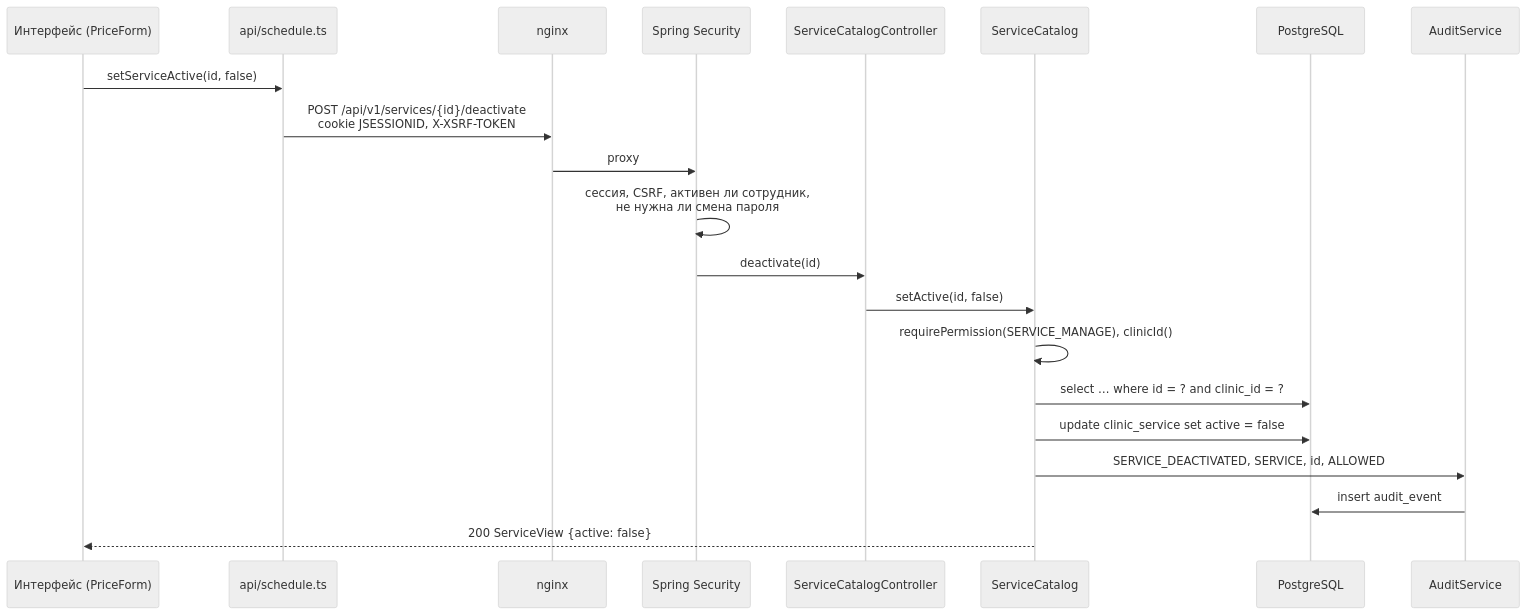
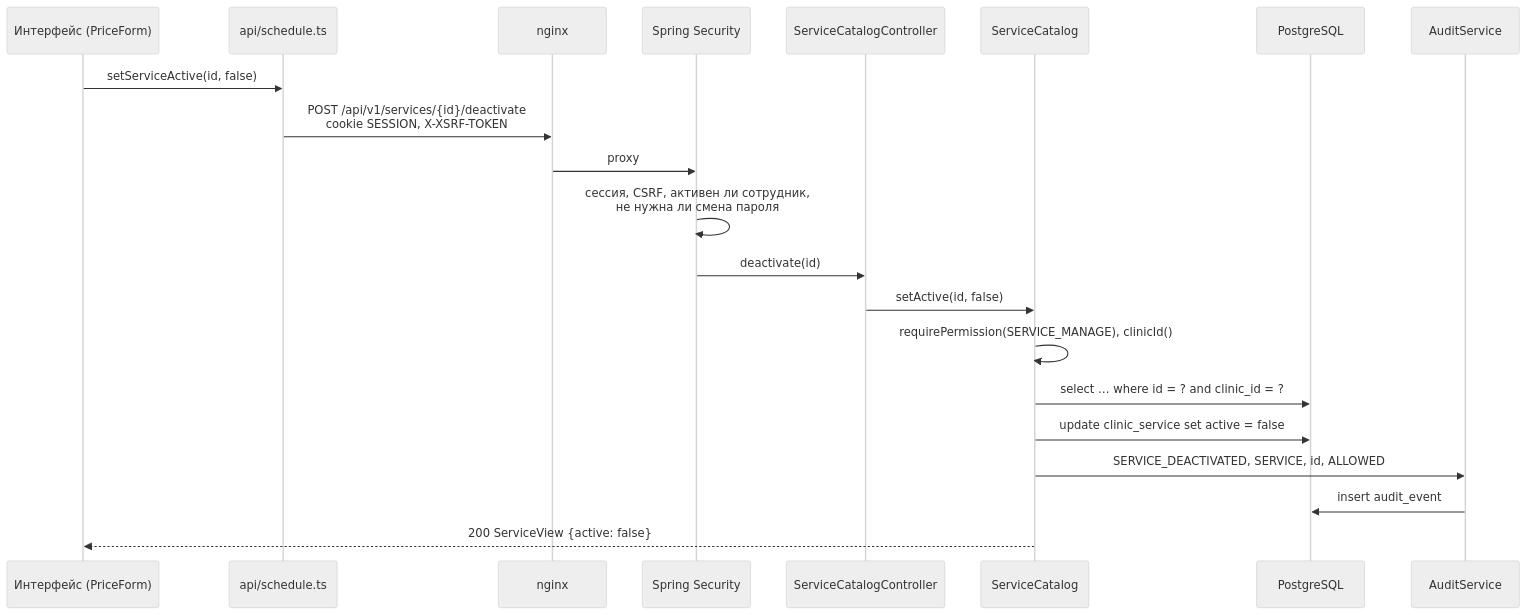
One commit to IlyaSimis/AlphaCRM changed the third of 5 diagrams in docs/architecture.md. Above: the diagram before and after it, drawn with Mermaid (neutral theme). The commit also changed other lines of this file and 22 other files, not shown here.

````diff
--- a/docs/architecture.md
+++ b/docs/architecture.md
@@ -144,24 +144,24 @@
 ```mermaid
 sequenceDiagram
     participant UI as Интерфейс (PriceForm)
     participant C as api/schedule.ts
     participant N as nginx
     participant S as Spring Security
     participant Ctl as ServiceCatalogController
     participant Svc as ServiceCatalog
     participant DB as PostgreSQL
     participant A as AuditService
 
     UI->>C: setServiceActive(id, false)
-    C->>N: POST /api/v1/services/{id}/deactivate<br/>cookie JSESSIONID, X-XSRF-TOKEN
+    C->>N: POST /api/v1/services/{id}/deactivate<br/>cookie SESSION, X-XSRF-TOKEN
     N->>S: proxy
     S->>S: сессия, CSRF, активен ли сотрудник,<br/>не нужна ли смена пароля
     S->>Ctl: deactivate(id)
     Ctl->>Svc: setActive(id, false)
     Svc->>Svc: requirePermission(SERVICE_MANAGE), clinicId()
     Svc->>DB: select … where id = ? and clinic_id = ?
     Svc->>DB: update clinic_service set active = false
     Svc->>A: SERVICE_DEACTIVATED, SERVICE, id, ALLOWED
     A->>DB: insert audit_event
     Svc-->>UI: 200 ServiceView {active: false}
 ```
````
